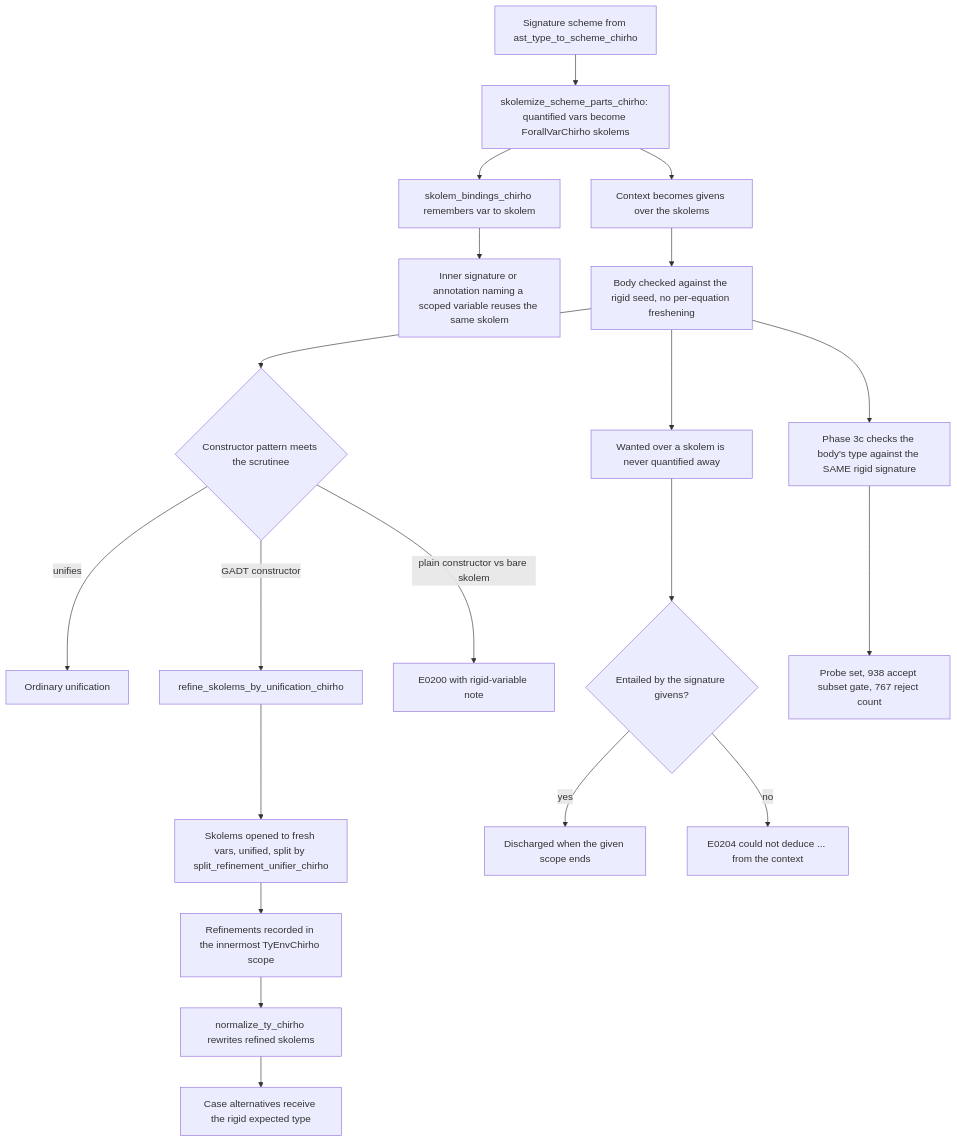
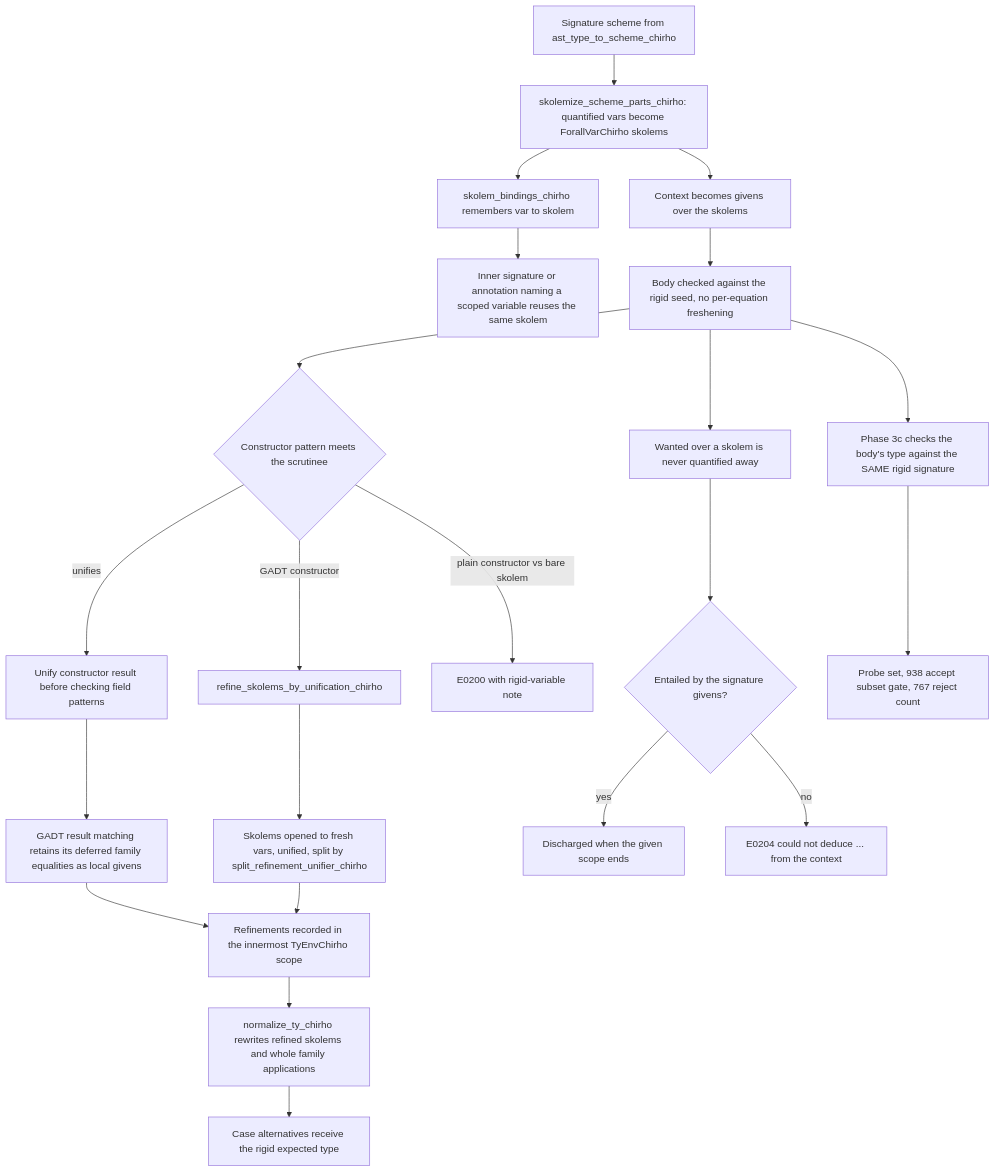
The first of 2 diagrams in spec-chirho/workflows-chirho/language-features-chirho/rigid-type-variables-chirho.md (loveJesus/haskelujah-chirho), drawn with Mermaid before and after one commit. The commit also changed other lines of this file and 35 other files, not shown here.

First line of the commit message:
Preserve data-family instances and scoped constructor equalities

````diff
--- a/spec-chirho/workflows-chirho/language-features-chirho/rigid-type-variables-chirho.md
+++ b/spec-chirho/workflows-chirho/language-features-chirho/rigid-type-variables-chirho.md
@@ -12,23 +12,25 @@
 ```mermaid
 flowchart TD
     sig_chirho[Signature scheme from ast_type_to_scheme_chirho]
     sig_chirho --> skolemize_chirho[skolemize_scheme_parts_chirho: quantified vars become ForallVarChirho skolems]
     skolemize_chirho --> bindings_chirho[skolem_bindings_chirho remembers var to skolem]
     bindings_chirho --> scoped_chirho[Inner signature or annotation naming a scoped variable reuses the same skolem]
     skolemize_chirho --> givens_chirho[Context becomes givens over the skolems]
     givens_chirho --> body_chirho[Body checked against the rigid seed, no per-equation freshening]
     body_chirho --> pattern_chirho{Constructor pattern meets the scrutinee}
-    pattern_chirho -->|unifies| plain_chirho[Ordinary unification]
+    pattern_chirho -->|unifies| plain_chirho[Unify constructor result before checking field patterns]
+    plain_chirho --> family_given_chirho[GADT result matching retains its deferred family equalities as local givens]
+    family_given_chirho --> scope_chirho
     pattern_chirho -->|GADT constructor| refine_chirho[refine_skolems_by_unification_chirho]
     refine_chirho --> opened_chirho[Skolems opened to fresh vars, unified, split by split_refinement_unifier_chirho]
     opened_chirho --> scope_chirho[Refinements recorded in the innermost TyEnvChirho scope]
-    scope_chirho --> normalize_chirho[normalize_ty_chirho rewrites refined skolems]
+    scope_chirho --> normalize_chirho[normalize_ty_chirho rewrites refined skolems and whole family applications]
     normalize_chirho --> alt_chirho[Case alternatives receive the rigid expected type]
     pattern_chirho -->|plain constructor vs bare skolem| mismatch_chirho[E0200 with rigid-variable note]
     body_chirho --> wanted_chirho[Wanted over a skolem is never quantified away]
     wanted_chirho --> discharge_chirho{Entailed by the signature givens?}
     discharge_chirho -->|yes| ok_chirho[Discharged when the given scope ends]
     discharge_chirho -->|no| deduce_chirho[E0204 could not deduce ... from the context]
     body_chirho --> phase3c_chirho[Phase 3c checks the body's type against the SAME rigid signature]
     phase3c_chirho --> gates_chirho[Probe set, 938 accept subset gate, 767 reject count]
 ```
````
